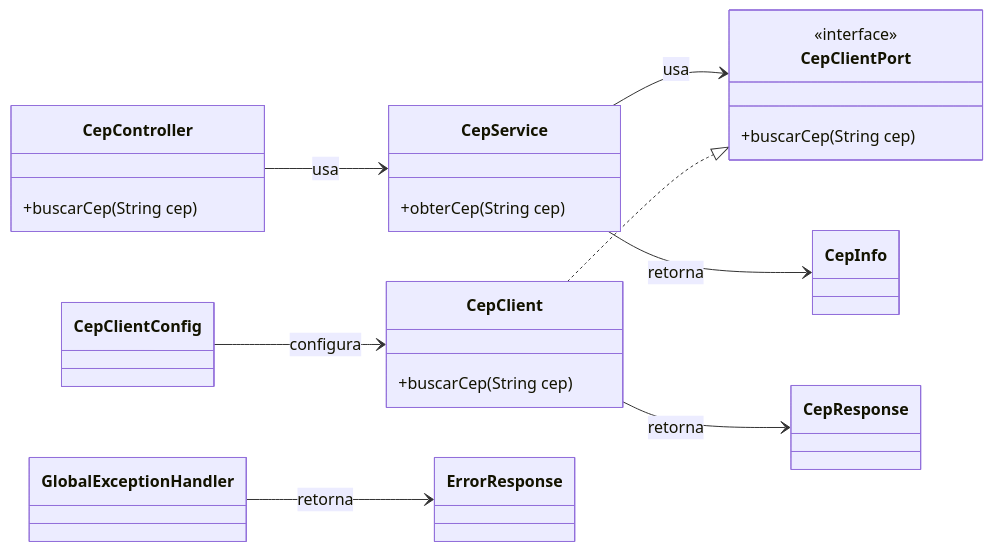
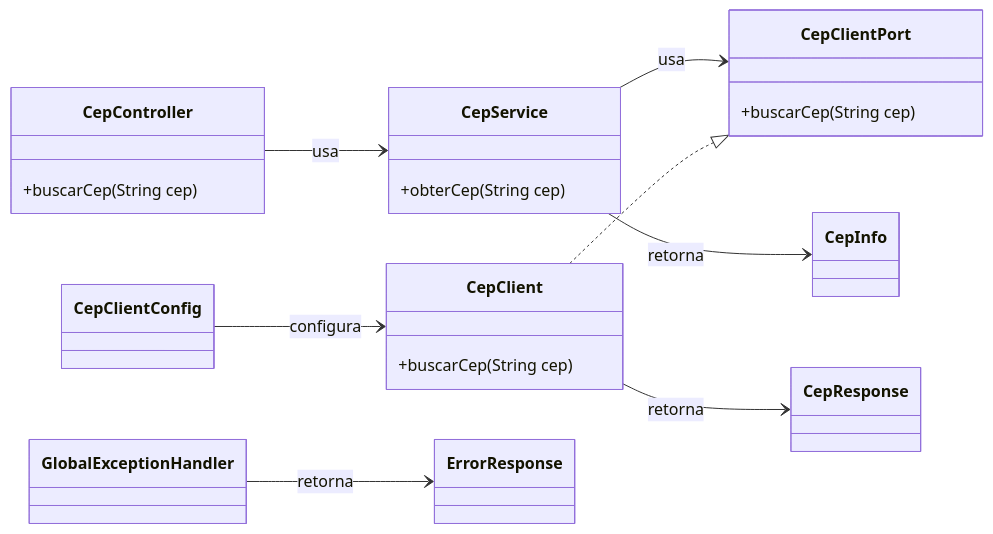
The first of 2 diagrams in README.md (renato-brito/teste-cep), drawn with Mermaid before and after one commit. The commit also changed 1 other file, not shown here.

Commit message:
chore: removido constructor na classe CepClient para manter aderente ao SRP/DRY

````diff
--- a/README.md
+++ b/README.md
@@ -71,38 +71,37 @@
 ```mermaid
 classDiagram
   direction LR
 
   class CepController {
     +buscarCep(String cep)
   }
 
   class CepService {
     +obterCep(String cep)
   }
 
   class CepClientPort {
-    <<interface>>
     +buscarCep(String cep)
   }
 
   class CepClient {
     +buscarCep(String cep)
   }
 
   class CepClientConfig
 
   class GlobalExceptionHandler
 
   class CepInfo
   class CepResponse
   class ErrorResponse
 
   CepController --> CepService : usa
   CepService --> CepClientPort : usa
   CepClient ..|> CepClientPort
   CepClientConfig --> CepClient : configura
 
   CepClient --> CepResponse : retorna
   CepService --> CepInfo : retorna
   GlobalExceptionHandler --> ErrorResponse : retorna
 ```
````
